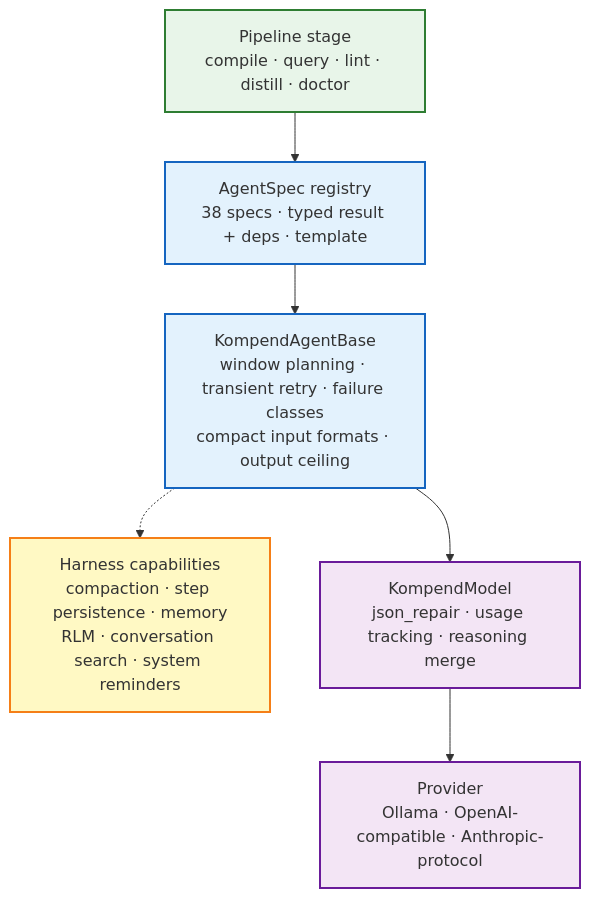
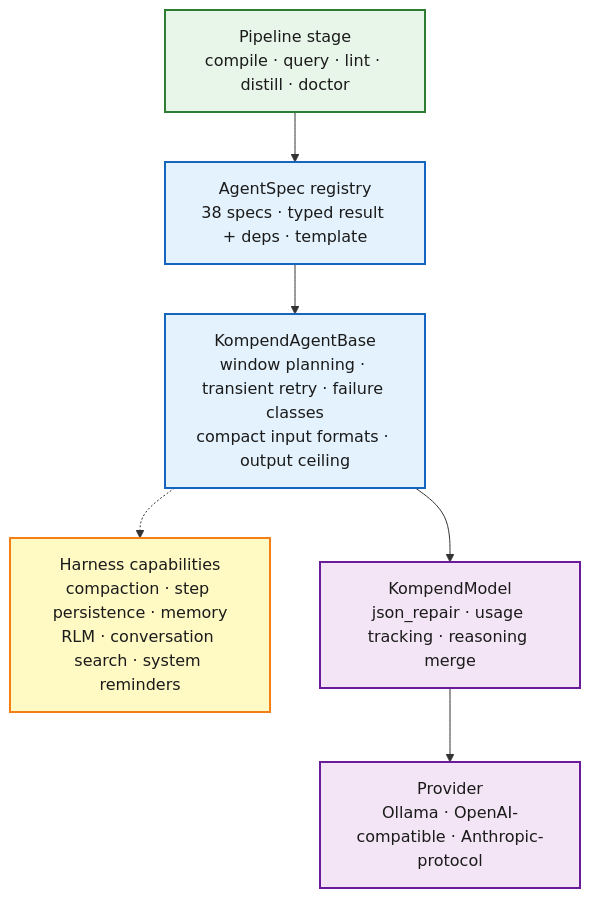
Before and after one commit to jr2804/kompend: the first of 6 diagrams in docs/architecture/agentic-layer.md, drawn with Mermaid. The commit also changed other lines of this file and 3 other files, not shown here.

First line of the commit message:
📝 docs(architecture): clarify agentic task execution shapes

````diff
--- a/docs/architecture/agentic-layer.md
+++ b/docs/architecture/agentic-layer.md
@@ -22,22 +22,22 @@
 ```mermaid
 flowchart TD
-    classDef stage fill:#e8f5e9,stroke:#2e7d32,stroke-width:2px
-    classDef agent fill:#e3f2fd,stroke:#1565c0,stroke-width:2px
-    classDef mach fill:#fff9c4,stroke:#f57f17,stroke-width:2px
-    classDef model fill:#f3e5f5,stroke:#6a1b9a,stroke-width:2px
+    classDef stage fill:#e8f5e9,stroke:#2e7d32,stroke-width:2px,color:#1B1B1B
+    classDef agent fill:#e3f2fd,stroke:#1565c0,stroke-width:2px,color:#1B1B1B
+    classDef mach fill:#fff9c4,stroke:#f57f17,stroke-width:2px,color:#1B1B1B
+    classDef model fill:#f3e5f5,stroke:#6a1b9a,stroke-width:2px,color:#1B1B1B
 
     STAGE["Pipeline stage<br/>compile · query · lint · distill · doctor"]
     SPEC["AgentSpec registry<br/>38 specs · typed result + deps · template"]
     BASE["KompendAgentBase<br/>window planning · transient retry · failure classes<br/>compact input formats · output ceiling"]
     CAP["Harness capabilities<br/>compaction · step persistence · memory<br/>RLM · conversation search · system reminders"]
     KM["KompendModel<br/>json_repair · usage tracking · reasoning merge"]
     LLM["Provider<br/>Ollama · OpenAI-compatible · Anthropic-protocol"]
 
     STAGE --> SPEC --> BASE --> KM --> LLM
     BASE -.-> CAP
 
     class STAGE stage
     class SPEC,BASE agent
     class CAP mach
     class KM,LLM model
 ```
````
